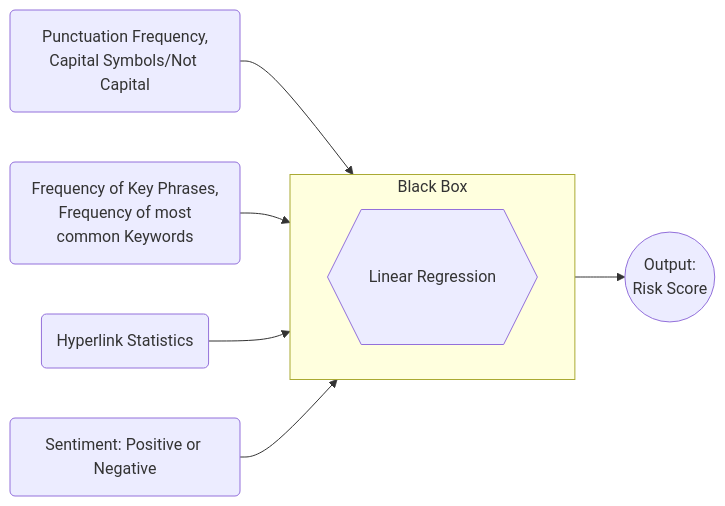
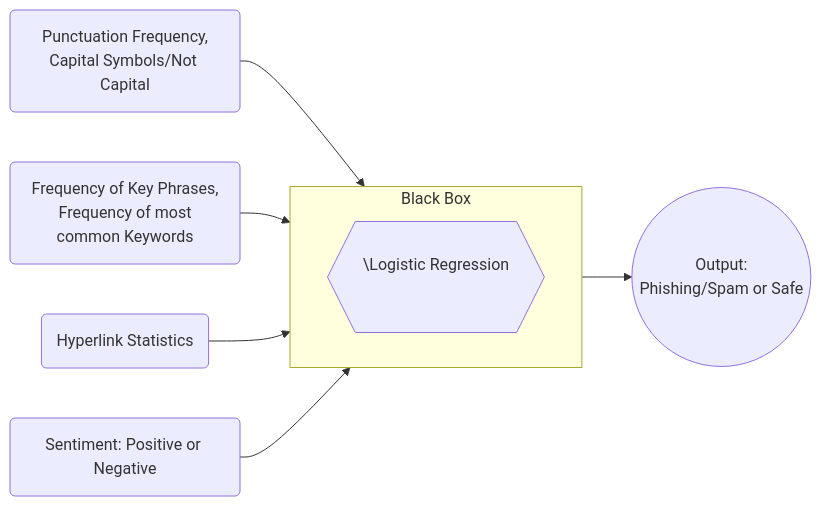
The diagram in blackBoxDiagram.md (AutofillMe/CDS303), drawn with Mermaid before and after one commit.

Commit message:
Updated BlackBox: Changed Model to Logistic Reg

````diff
--- a/blackBoxDiagram.md
+++ b/blackBoxDiagram.md
@@ -2,16 +2,16 @@
 ```mermaid
 flowchart LR
     id1(Punctuation Frequency,\nCapital Symbols/Not Capital)
     id2(Frequency of Key Phrases,\n Frequency of most common Keywords)
     id3(Hyperlink Statistics)
     id5(Sentiment: Positive or Negative)
     subgraph sb [Black Box]
         direction LR
-        id4{{\n\nLinear Regression\n\n\n}}        
+        id4{{\n\Logistic Regression\n\n\n}}        
     end
     id1 --> id4
     id2 --> id4
     id3 --> id4
     id5 --> id4
-    id4 --> id8((Output:\n Risk Score))
+    id4 --> id8((Output:\n Phishing/Spam or Safe))
 ```
````
